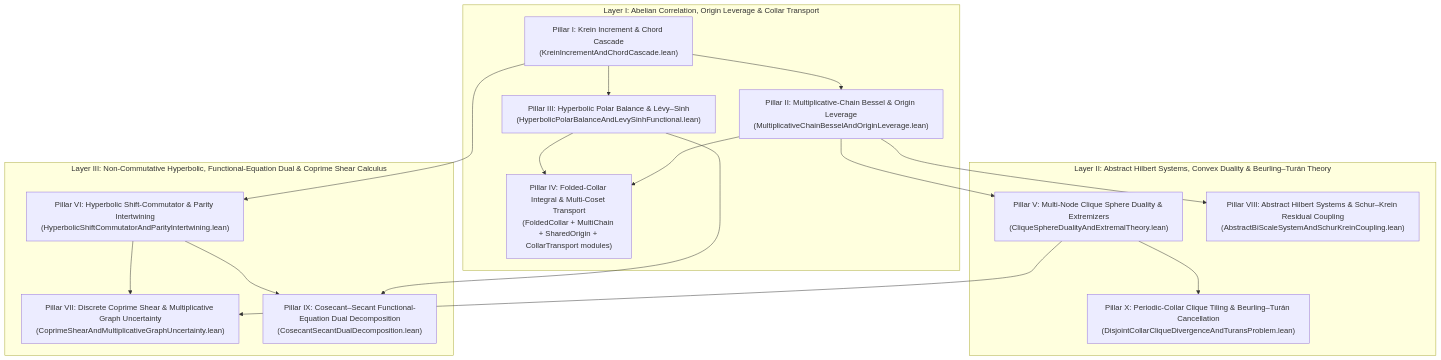
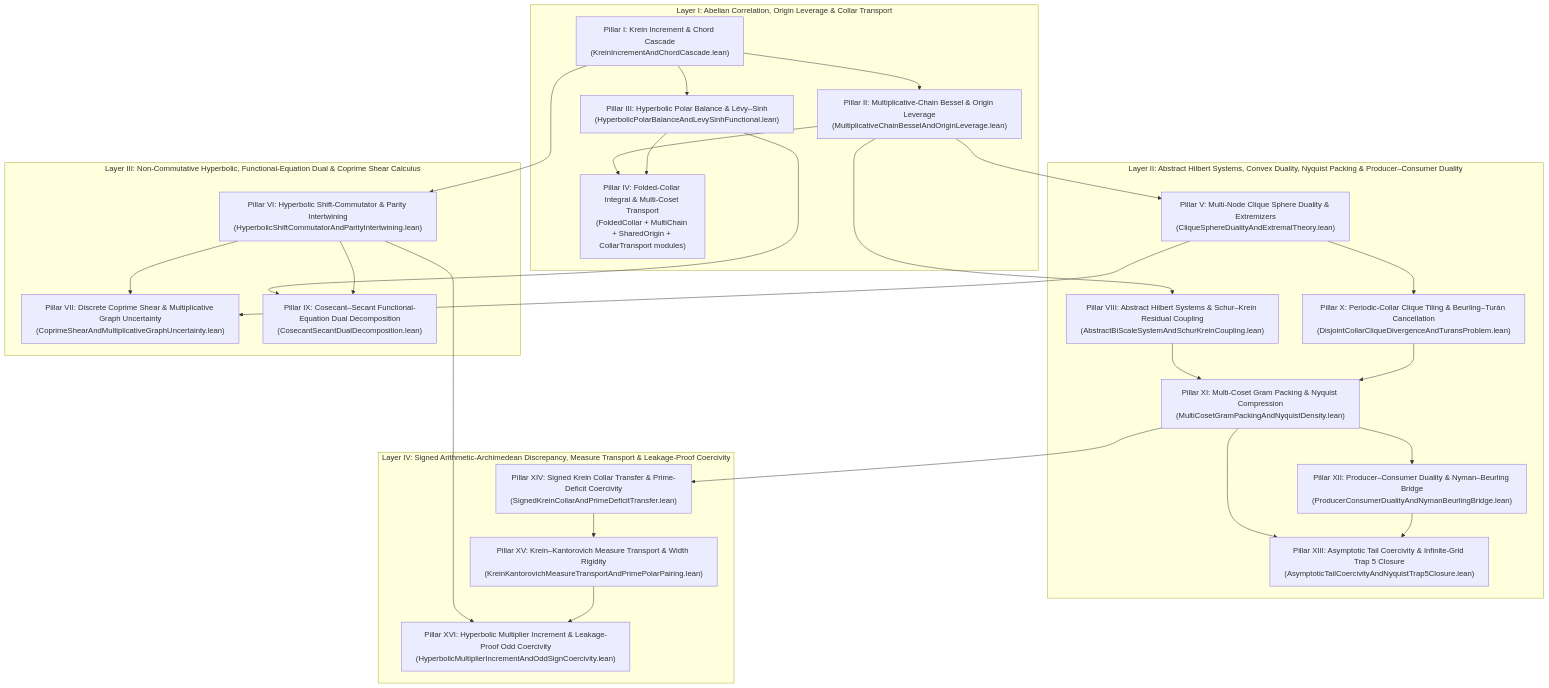
The diagram in docs/reports/BiScaleUncertainty/README.md (michael-haufschild-gib/hgt), drawn with Mermaid before and after one commit. The commit also changed other lines of this file and 51 other files, not shown here.

````diff
--- a/docs/reports/BiScaleUncertainty/README.md
+++ b/docs/reports/BiScaleUncertainty/README.md
@@ -174,34 +217,52 @@
 ```mermaid
 flowchart TD
     subgraph Layer1["Layer I: Abelian Correlation, Origin Leverage & Collar Transport"]
         P1["Pillar I: Krein Increment & Chord Cascade<br/>(KreinIncrementAndChordCascade.lean)"]
         P2["Pillar II: Multiplicative-Chain Bessel & Origin Leverage<br/>(MultiplicativeChainBesselAndOriginLeverage.lean)"]
         P3["Pillar III: Hyperbolic Polar Balance & Lévy–Sinh<br/>(HyperbolicPolarBalanceAndLevySinhFunctional.lean)"]
         P4["Pillar IV: Folded-Collar Integral & Multi-Coset Transport<br/>(FoldedCollar + MultiChain + SharedOrigin + CollarTransport modules)"]
     end
 
-    subgraph Layer2["Layer II: Abstract Hilbert Systems, Convex Duality & Beurling–Turán Theory"]
+    subgraph Layer2["Layer II: Abstract Hilbert Systems, Convex Duality, Nyquist Packing & Producer–Consumer Duality"]
         P5["Pillar V: Multi-Node Clique Sphere Duality & Extremizers<br/>(CliqueSphereDualityAndExtremalTheory.lean)"]
         P8["Pillar VIII: Abstract Hilbert Systems & Schur–Krein Residual Coupling<br/>(AbstractBiScaleSystemAndSchurKreinCoupling.lean)"]
         P10["Pillar X: Periodic-Collar Clique Tiling & Beurling–Turán Cancellation<br/>(DisjointCollarCliqueDivergenceAndTuransProblem.lean)"]
+        P11["Pillar XI: Multi-Coset Gram Packing & Nyquist Compression<br/>(MultiCosetGramPackingAndNyquistDensity.lean)"]
+        P12["Pillar XII: Producer–Consumer Duality & Nyman–Beurling Bridge<br/>(ProducerConsumerDualityAndNymanBeurlingBridge.lean)"]
+        P13["Pillar XIII: Asymptotic Tail Coercivity & Infinite-Grid Trap 5 Closure<br/>(AsymptoticTailCoercivityAndNyquistTrap5Closure.lean)"]
     end
 
     subgraph Layer3["Layer III: Non-Commutative Hyperbolic, Functional-Equation Dual & Coprime Shear Calculus"]
         P6["Pillar VI: Hyperbolic Shift-Commutator & Parity Intertwining<br/>(HyperbolicShiftCommutatorAndParityIntertwining.lean)"]
         P7["Pillar VII: Discrete Coprime Shear & Multiplicative Graph Uncertainty<br/>(CoprimeShearAndMultiplicativeGraphUncertainty.lean)"]
         P9["Pillar IX: Cosecant–Secant Functional-Equation Dual Decomposition<br/>(CosecantSecantDualDecomposition.lean)"]
+    end
+
+    subgraph Layer4["Layer IV: Signed Arithmetic-Archimedean Discrepancy, Measure Transport & Leakage-Proof Coercivity"]
+        P14["Pillar XIV: Signed Krein Collar Transfer & Prime-Deficit Coercivity<br/>(SignedKreinCollarAndPrimeDeficitTransfer.lean)"]
+        P15["Pillar XV: Krein–Kantorovich Measure Transport & Width Rigidity<br/>(KreinKantorovichMeasureTransportAndPrimePolarPairing.lean)"]
+        P16["Pillar XVI: Hyperbolic Multiplier Increment & Leakage-Proof Odd Coercivity<br/>(HyperbolicMultiplierIncrementAndOddSignCoercivity.lean)"]
     end
 
     P1 --> P2
     P1 --> P3
     P2 --> P4
     P3 --> P4
     P2 --> P5
     P2 --> P8
     P5 --> P10
+    P8 --> P11
+    P10 --> P11
+    P11 --> P12
+    P11 --> P13
+    P12 --> P13
     P1 --> P6
     P3 --> P9
     P6 --> P9
     P5 --> P7
     P6 --> P7
+    P11 --> P14
+    P14 --> P15
+    P6 --> P16
+    P15 --> P16
 ```
````
